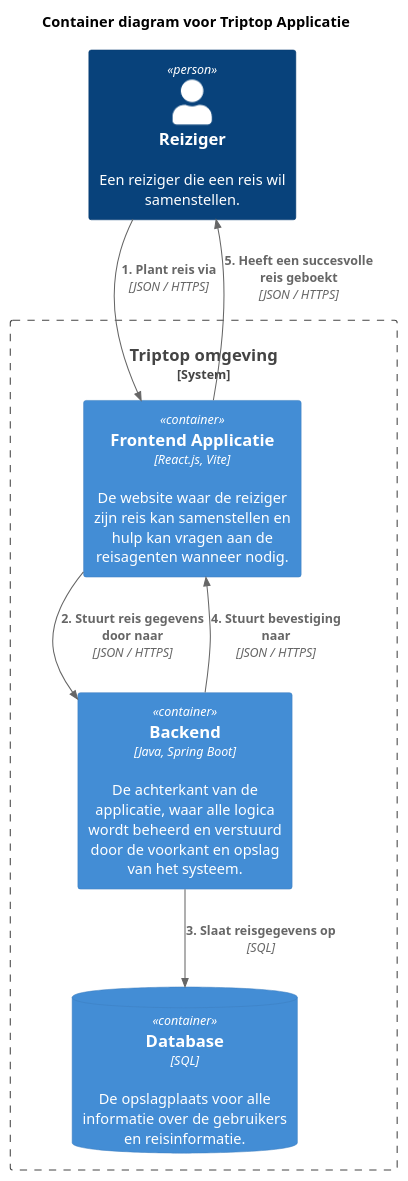
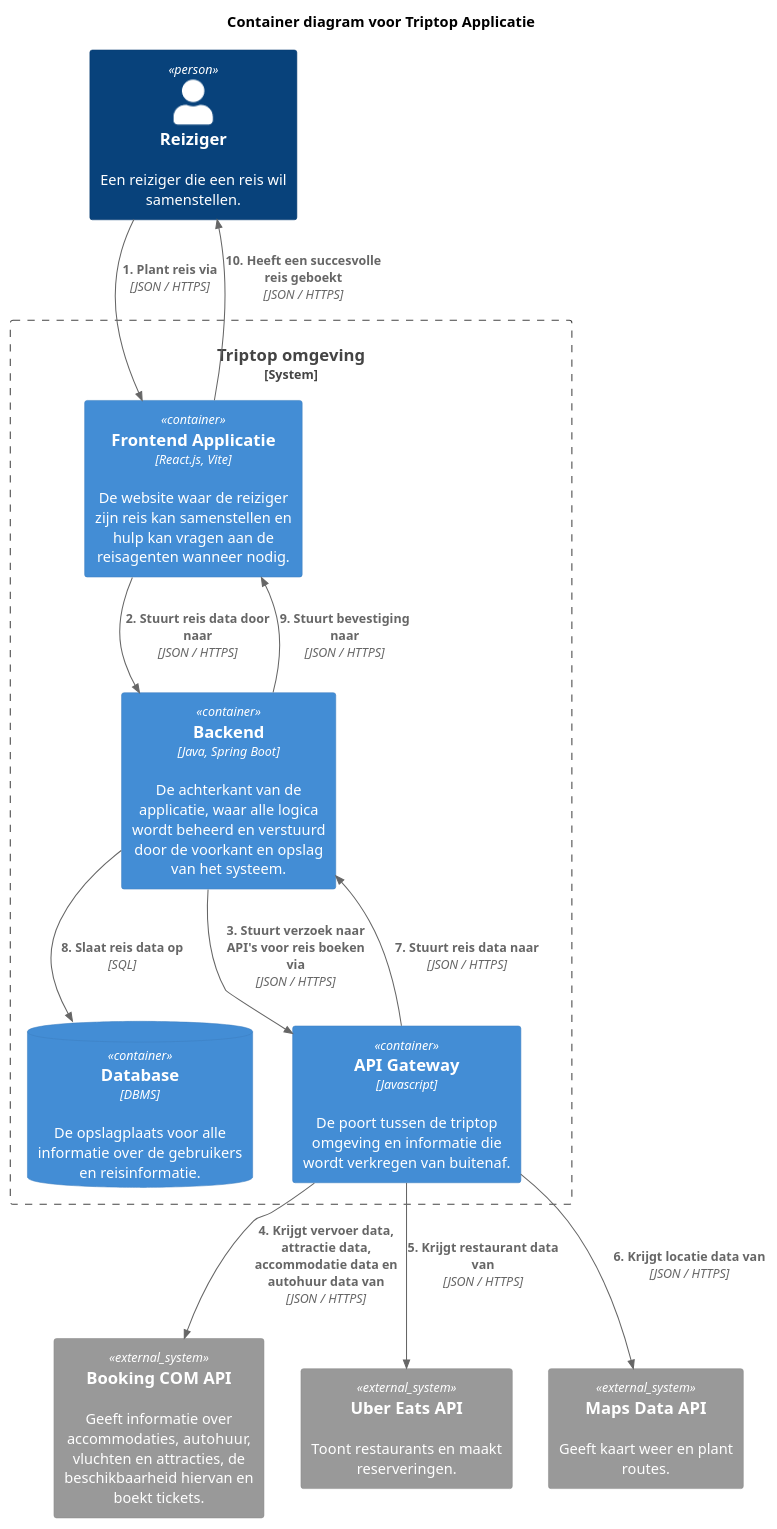
One commit to AIM-ENE-feb25/triptop-beca changed the diagram in opdracht-diagrammen/Container diagrammen/dynamische-diagrammen/boeken-diagram.puml. Above: the diagram before and after it, drawn with PlantUML. The commit also changed 8 other files, not shown here.

Commit message:
Diagrammen verbeterd o.b.v. feedback

```diff
--- a/opdracht-diagrammen/Container diagrammen/dynamische-diagrammen/boeken-diagram.puml
+++ b/opdracht-diagrammen/Container diagrammen/dynamische-diagrammen/boeken-diagram.puml
@@ -1,21 +1,33 @@
 @startuml
 
 !include https://raw.githubusercontent.com/plantuml-stdlib/C4-PlantUML/master/C4_Container.puml
 
 title Container diagram voor Triptop Applicatie
 
 Person(reiziger, Reiziger, "Een reiziger die een reis wil samenstellen.")
 
 System_Boundary(c1, "Triptop omgeving") {
     Container(frontend, "Frontend Applicatie", "React.js, Vite", "De website waar de reiziger zijn reis kan samenstellen en hulp kan vragen aan de reisagenten wanneer nodig.")
     Container(backend, "Backend", "Java, Spring Boot", "De achterkant van de applicatie, waar alle logica wordt beheerd en verstuurd door de voorkant en opslag van het systeem.")
-    ContainerDb(database, "Database", "SQL", "De opslagplaats voor alle informatie over de gebruikers en reisinformatie.")
+    ContainerDb(database, "Database", "DBMS", "De opslagplaats voor alle informatie over de gebruikers en reisinformatie.")
+    Container(api_gateway, "API Gateway", "Javascript", "De poort tussen de triptop omgeving en informatie die wordt verkregen van buitenaf.")
 }
+
+System_Ext(overnachting_vervoer, "Booking COM API", "Geeft informatie over accommodaties, autohuur, vluchten en attracties, de beschikbaarheid hiervan en boekt tickets.")
+System_Ext(eten, "Uber Eats API", "Toont restaurants en maakt reserveringen.")
+System_Ext(maps, "Maps Data API", "Geeft kaart weer en plant routes.")
 
 
 Rel(reiziger,frontend, "1. Plant reis via", "JSON / HTTPS")
-Rel(frontend, backend, "2. Stuurt reis gegevens door naar", "JSON / HTTPS")
-Rel(backend, database, "3. Slaat reisgegevens op", "SQL")
-Rel(backend, frontend, "4. Stuurt bevestiging naar", "JSON / HTTPS")
-Rel(frontend, reiziger, "5. Heeft een succesvolle reis geboekt", "JSON / HTTPS")
+Rel(frontend, backend, "2. Stuurt reis data door naar", "JSON / HTTPS")
+Rel(backend, api_gateway, "3. Stuurt verzoek naar API's voor reis boeken via", "JSON / HTTPS")
+
+Rel(api_gateway, overnachting_vervoer, "4. Krijgt vervoer data, attractie data, accommodatie data en autohuur data van", "JSON / HTTPS")
+Rel(api_gateway, eten, "5. Krijgt restaurant data van", "JSON / HTTPS")
+Rel(api_gateway, maps, "6. Krijgt locatie data van", "JSON / HTTPS")
+
+Rel(api_gateway, backend, "7. Stuurt reis data naar", "JSON / HTTPS")
+Rel(backend, database, "8. Slaat reis data op", "SQL")
+Rel(backend, frontend, "9. Stuurt bevestiging naar", "JSON / HTTPS")
+Rel(frontend, reiziger, "10. Heeft een succesvolle reis geboekt", "JSON / HTTPS")
 @enduml
```
